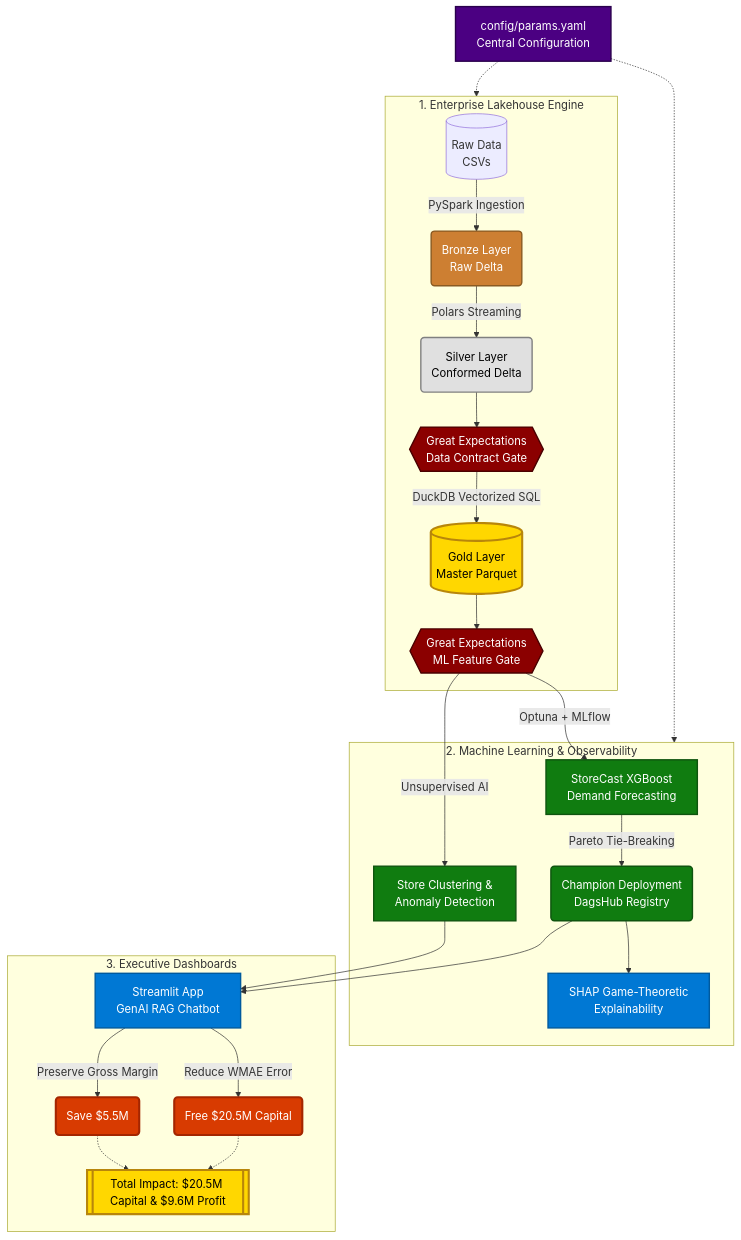
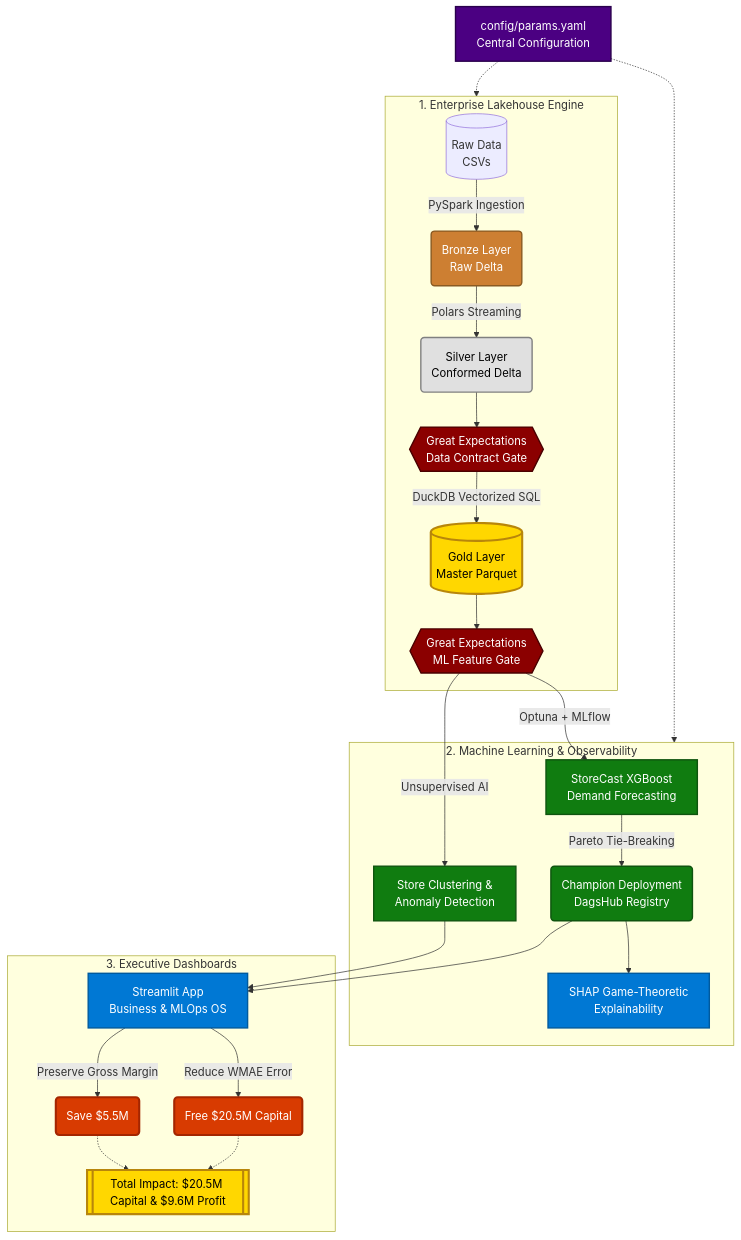
Before and after one commit to dakshvanshaj/StoreCast: the diagram in docs/index.md, drawn with Mermaid. The commit also changed other lines of this file and 8 other files, not shown here.

````diff
--- a/docs/index.md
+++ b/docs/index.md
@@ -29,47 +29,47 @@
 ```mermaid
 graph TD
     %% Styling Classes
     classDef bronze fill:#CD7F32,stroke:#8A5A22,stroke-width:2px,color:#FFFFFF;
     classDef silver fill:#E0E0E0,stroke:#808080,stroke-width:2px,color:#000000;
     classDef gold fill:#FFD700,stroke:#B8860B,stroke-width:3px,color:#000000;
     classDef gx fill:#8B0000,stroke:#4A0000,stroke-width:2px,color:#FFFFFF;
     classDef bi fill:#0078D4,stroke:#005A9E,stroke-width:2px,color:#FFFFFF;
     classDef ml fill:#107C10,stroke:#0F540F,stroke-width:2px,color:#FFFFFF;
     classDef config fill:#4B0082,stroke:#2A004D,stroke-width:2px,color:#FFFFFF;
     classDef roi fill:#D83B01,stroke:#A42600,stroke-width:3px,color:#FFFFFF;
 
     YAML[config/params.yaml<br>Central Configuration]:::config
 
     subgraph DataEngineering["1. Enterprise Lakehouse Engine"]
         A[(Raw Data<br>CSVs)] -->|PySpark Ingestion| B(Bronze Layer<br>Raw Delta):::bronze
         B -->|Polars Streaming| C(Silver Layer<br>Conformed Delta):::silver
         
         C --> GX1{{Great Expectations<br>Data Contract Gate}}:::gx
         
         GX1 -->|DuckDB Vectorized SQL| D[(Gold Layer<br>Master Parquet)]:::gold
         
         D --> GX2{{Great Expectations<br>ML Feature Gate}}:::gx
     end
 
     subgraph MLOps["2. Machine Learning & Observability"]
         GX2 -->|Optuna + MLflow| F[StoreCast XGBoost<br>Demand Forecasting]:::ml
         GX2 -->|Unsupervised AI| K[Store Clustering &<br>Anomaly Detection]:::ml
         
         F -->|Pareto Tie-Breaking| L(Champion Deployment<br>DagsHub Registry):::ml
         L --> M[SHAP Game-Theoretic<br>Explainability]:::bi
     end
 
     subgraph Impact["3. Executive Dashboards"]
-        K --> N[Streamlit App<br>GenAI RAG Chatbot]:::bi
+        K --> N[Streamlit App<br>Business & MLOps OS]:::bi
         L --> N
         
         N -->|Preserve Gross Margin| G(Save $5.5M):::roi
         N -->|Reduce WMAE Error| H(Free $20.5M Capital):::roi
         
         G -.-> I[[Total Impact: $20.5M Capital & $9.6M Profit]]:::gold
         H -.-> I
     end
     
     YAML -.-> DataEngineering
     YAML -.-> MLOps
 ```
````
